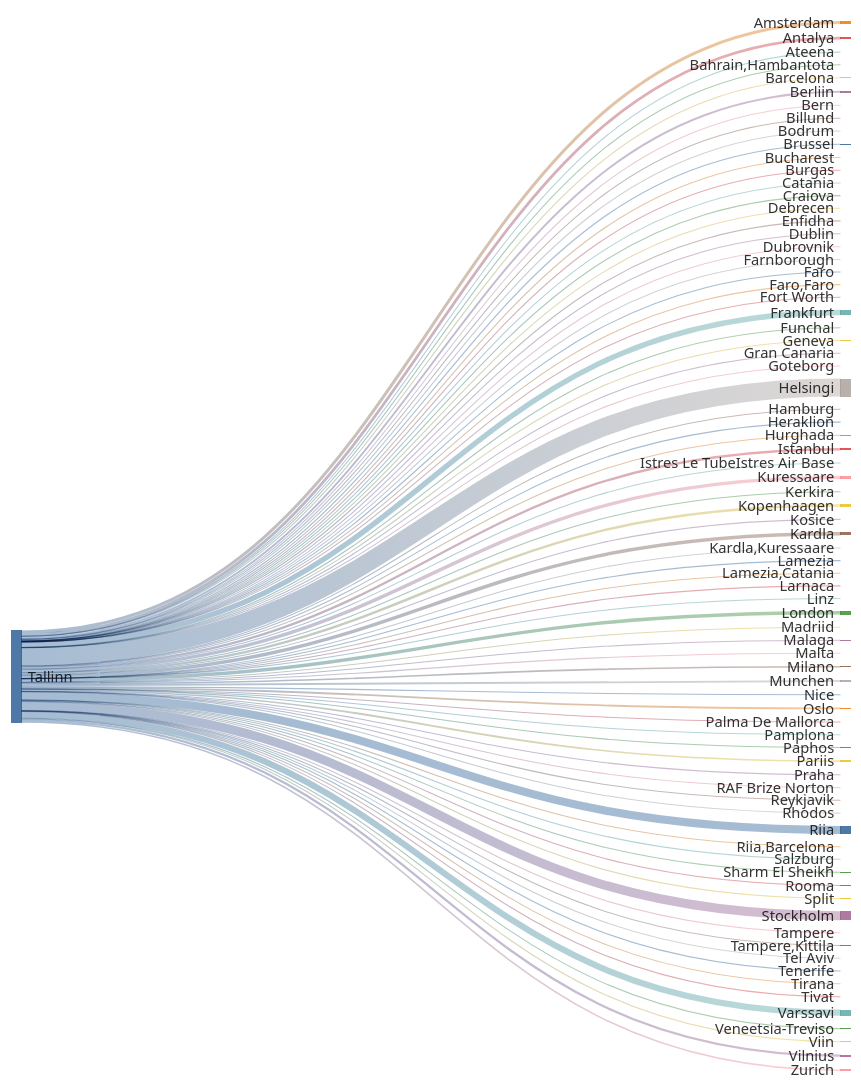
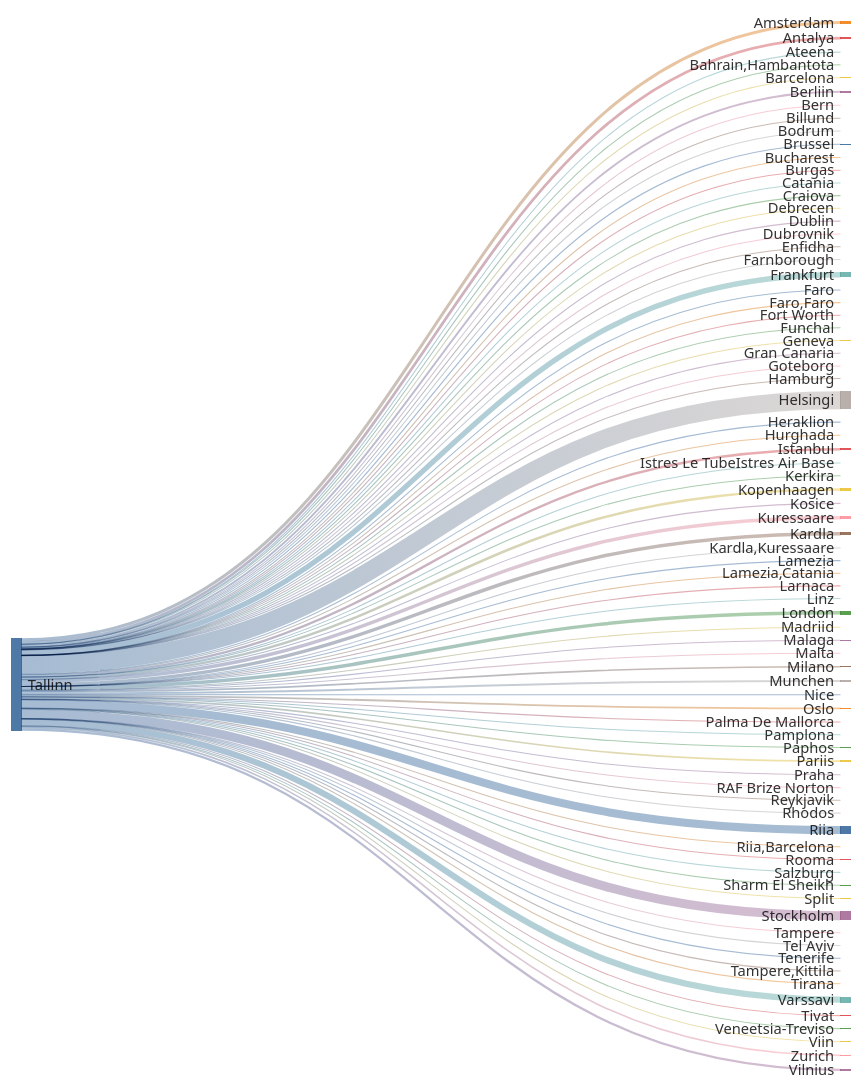
Before and after one commit to rainermesi/tll-airport-departures: the second of 2 diagrams in README.md, drawn with Mermaid. The commit also changed other lines of this file and 1 other file, not shown here.

````diff
--- a/README.md
+++ b/README.md
@@ -41,8 +41,8 @@
 ---
 sankey-beta
 %% source,target,value
-Tallinn,Amsterdam,545
-Tallinn,Antalya,495
+Tallinn,Amsterdam,547
+Tallinn,Antalya,498
 Tallinn,Ateena,16
 Tallinn,"Bahrain,Hambantota",1
 Tallinn,Barcelona,153
@@ -50,74 +50,74 @@
 Tallinn,Bern,1
 Tallinn,Billund,86
 Tallinn,Bodrum,12
-Tallinn,Brussel,209
+Tallinn,Brussel,210
 Tallinn,Bucharest,1
 Tallinn,Burgas,67
 Tallinn,Catania,2
 Tallinn,Craiova,1
 Tallinn,Debrecen,1
-Tallinn,Dublin,103
+Tallinn,Dublin,104
 Tallinn,Dubrovnik,21
 Tallinn,Enfidha,12
 Tallinn,Farnborough,1
 Tallinn,Faro,4
 Tallinn,"Faro,Faro",1
 Tallinn,Fort Worth,1
-Tallinn,Frankfurt,966
+Tallinn,Frankfurt,969
 Tallinn,Funchal,6
 Tallinn,Geneva,13
 Tallinn,Gran Canaria,38
 Tallinn,Goteborg,2
 Tallinn,Hamburg,2
-Tallinn,Helsingi,3244
-Tallinn,Heraklion,120
+Tallinn,Helsingi,3253
+Tallinn,Heraklion,121
 Tallinn,Hurghada,75
-Tallinn,Istanbul,421
+Tallinn,Istanbul,422
 Tallinn,Istres Le TubeIstres Air Base,2
 Tallinn,Kerkira,4
-Tallinn,Kopenhaagen,446
+Tallinn,Kopenhaagen,448
 Tallinn,Kosice,1
-Tallinn,Kuressaare,614
-Tallinn,Kardla,616
+Tallinn,Kuressaare,616
+Tallinn,Kardla,618
 Tallinn,"Kardla,Kuressaare",1
-Tallinn,Lamezia,2
+Tallinn,Lamezia,3
 Tallinn,"Lamezia,Catania",3
 Tallinn,Larnaca,5
 Tallinn,Linz,2
-Tallinn,London,626
+Tallinn,London,629
 Tallinn,Madriid,4
-Tallinn,Malaga,132
+Tallinn,Malaga,133
 Tallinn,Malta,33
 Tallinn,Milano,281
-Tallinn,Munchen,341
+Tallinn,Munchen,342
 Tallinn,Nice,61
-Tallinn,Oslo,326
+Tallinn,Oslo,327
 Tallinn,Palma De Mallorca,37
 Tallinn,Pamplona,1
 Tallinn,Paphos,66
-Tallinn,Pariis,288
+Tallinn,Pariis,289
 Tallinn,Praha,95
 Tallinn,RAF Brize Norton,1
 Tallinn,Reykjavik,20
 Tallinn,Rhodos,68
-Tallinn,Riia,1467
+Tallinn,Riia,1472
 Tallinn,"Riia,Barcelona",1
 Tallinn,Rooma,80
 Tallinn,Salzburg,14
-Tallinn,Sharm El Sheikh,110
+Tallinn,Sharm El Sheikh,111
 Tallinn,Split,61
-Tallinn,Stockholm,1616
+Tallinn,Stockholm,1621
 Tallinn,Tampere,17
 Tallinn,"Tampere,Kittila",21
 Tallinn,Tel Aviv,2
 Tallinn,Tenerife,58
 Tallinn,Tirana,41
 Tallinn,Tivat,77
-Tallinn,Varssavi,1122
+Tallinn,Varssavi,1125
 Tallinn,Veneetsia-Treviso,67
 Tallinn,Viin,106
-Tallinn,Vilnius,409
-Tallinn,Zurich,290
+Tallinn,Vilnius,411
+Tallinn,Zurich,291
 
 
 ```
````
